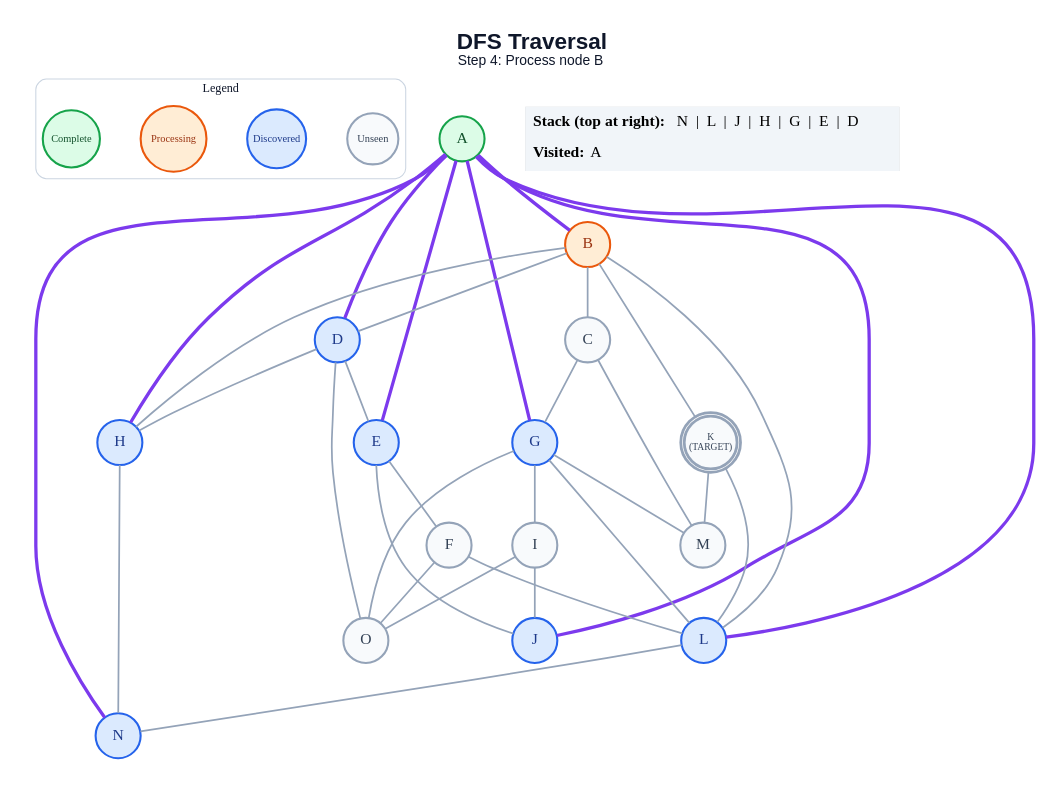
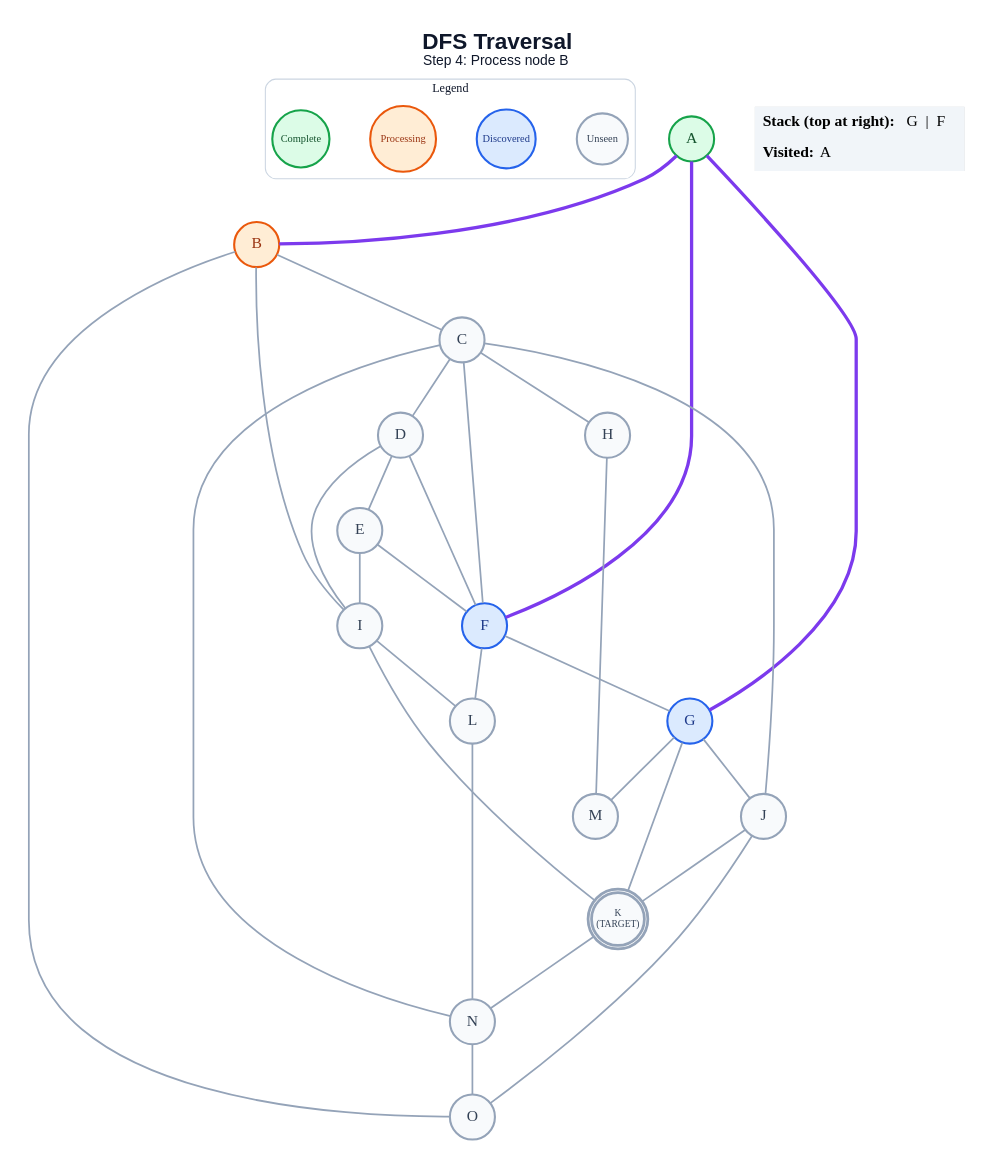
One commit to anon7238593-create/ai-slop changed the diagram in generated/short-circuit/dfs/step_04.dot. Above: the diagram before and after it, drawn with Graphviz. The commit also changed 248 other files, not shown here.

```diff
--- a/generated/short-circuit/dfs/step_04.dot
+++ b/generated/short-circuit/dfs/step_04.dot
@@ -1,66 +1,63 @@
 graph traversal {
   graph [layout=dot, rankdir=TB, bgcolor="#FFFFFF", pad="0.35", nodesep="0.65", ranksep="0.8", fontname="Arial"];
   node [shape=circle, style="filled", fontname="Arial Bold", fontsize=18, width=0.72, fixedsize=true, penwidth=2.4];
   edge [color="#94A3B8", penwidth=2.0];
   label=<<B>DFS Traversal</B><BR/><FONT POINT-SIZE="16">Step 4: Process node B</FONT>>; labelloc="t"; fontsize=26; fontname="Arial"; fontcolor="#0F172A";
   subgraph cluster_legend { label="Legend"; color="#CBD5E1"; penwidth=1.2; style="rounded"; fontsize=14; fontname="Arial Bold";
     key_unseen [label="Unseen", fillcolor="#F8FAFC", color="#94A3B8", fontcolor="#334155", fontsize=12, width=0.82];
     key_frontier [label="Discovered", fillcolor="#DBEAFE", color="#2563EB", fontcolor="#1E3A8A", fontsize=12, width=0.95];
     key_current [label="Processing", fillcolor="#FFEDD5", color="#EA580C", fontcolor="#9A3412", fontsize=12, width=1.05];
     key_done [label="Complete", fillcolor="#DCFCE7", color="#16A34A", fontcolor="#14532D", fontsize=12, width=0.92];
     { rank=same; key_unseen; key_frontier; key_current; key_done; }
   }
   A [label="A", fillcolor="#DCFCE7", color="#16A34A", fontcolor="#14532D", peripheries=1, penwidth=2.4];
   B [label="B", fillcolor="#FFEDD5", color="#EA580C", fontcolor="#9A3412", peripheries=1, penwidth=2.4];
   C [label="C", fillcolor="#F8FAFC", color="#94A3B8", fontcolor="#334155", peripheries=1, penwidth=2.4];
-  D [label="D", fillcolor="#DBEAFE", color="#2563EB", fontcolor="#1E3A8A", peripheries=1, penwidth=2.4];
-  E [label="E", fillcolor="#DBEAFE", color="#2563EB", fontcolor="#1E3A8A", peripheries=1, penwidth=2.4];
-  F [label="F", fillcolor="#F8FAFC", color="#94A3B8", fontcolor="#334155", peripheries=1, penwidth=2.4];
+  D [label="D", fillcolor="#F8FAFC", color="#94A3B8", fontcolor="#334155", peripheries=1, penwidth=2.4];
+  E [label="E", fillcolor="#F8FAFC", color="#94A3B8", fontcolor="#334155", peripheries=1, penwidth=2.4];
+  F [label="F", fillcolor="#DBEAFE", color="#2563EB", fontcolor="#1E3A8A", peripheries=1, penwidth=2.4];
   G [label="G", fillcolor="#DBEAFE", color="#2563EB", fontcolor="#1E3A8A", peripheries=1, penwidth=2.4];
-  H [label="H", fillcolor="#DBEAFE", color="#2563EB", fontcolor="#1E3A8A", peripheries=1, penwidth=2.4];
+  H [label="H", fillcolor="#F8FAFC", color="#94A3B8", fontcolor="#334155", peripheries=1, penwidth=2.4];
   I [label="I", fillcolor="#F8FAFC", color="#94A3B8", fontcolor="#334155", peripheries=1, penwidth=2.4];
-  J [label="J", fillcolor="#DBEAFE", color="#2563EB", fontcolor="#1E3A8A", peripheries=1, penwidth=2.4];
+  J [label="J", fillcolor="#F8FAFC", color="#94A3B8", fontcolor="#334155", peripheries=1, penwidth=2.4];
   K [label="K\n(TARGET)", fillcolor="#F8FAFC", color="#94A3B8", fontcolor="#334155", peripheries=2, penwidth=3.2, fontsize=11, width=0.85, height=0.85];
-  L [label="L", fillcolor="#DBEAFE", color="#2563EB", fontcolor="#1E3A8A", peripheries=1, penwidth=2.4];
+  L [label="L", fillcolor="#F8FAFC", color="#94A3B8", fontcolor="#334155", peripheries=1, penwidth=2.4];
   M [label="M", fillcolor="#F8FAFC", color="#94A3B8", fontcolor="#334155", peripheries=1, penwidth=2.4];
-  N [label="N", fillcolor="#DBEAFE", color="#2563EB", fontcolor="#1E3A8A", peripheries=1, penwidth=2.4];
+  N [label="N", fillcolor="#F8FAFC", color="#94A3B8", fontcolor="#334155", peripheries=1, penwidth=2.4];
   O [label="O", fillcolor="#F8FAFC", color="#94A3B8", fontcolor="#334155", peripheries=1, penwidth=2.4];
   A -- B [color="#7C3AED", penwidth=3.8];
-  A -- D [color="#7C3AED", penwidth=3.8];
-  A -- E [color="#7C3AED", penwidth=3.8];
+  A -- F [color="#7C3AED", penwidth=3.8];
   A -- G [color="#7C3AED", penwidth=3.8];
-  A -- H [color="#7C3AED", penwidth=3.8];
-  A -- J [color="#7C3AED", penwidth=3.8];
-  A -- L [color="#7C3AED", penwidth=3.8];
-  A -- N [color="#7C3AED", penwidth=3.8];
   B -- C;
-  B -- D;
-  B -- H;
-  B -- K;
-  B -- L;
-  C -- G;
-  C -- M;
+  B -- I;
+  B -- O;
+  C -- D;
+  C -- F;
+  C -- H;
+  C -- J;
+  C -- N;
   D -- E;
-  D -- H;
-  D -- O;
+  D -- F;
+  D -- I;
   E -- F;
-  E -- J;
+  E -- I;
+  F -- G;
   F -- L;
-  F -- O;
-  G -- I;
-  G -- L;
+  G -- J;
+  G -- K;
   G -- M;
-  G -- O;
-  H -- N;
-  I -- J;
-  I -- O;
-  K -- L;
-  K -- M;
+  H -- M;
+  I -- K;
+  I -- L;
+  J -- K;
+  J -- O;
+  K -- N;
   L -- N;
+  N -- O;
   status [shape=plain, fixedsize=false, width=0, height=0, margin=0, label=<
     <TABLE BORDER="0" CELLBORDER="0" CELLPADDING="7" BGCOLOR="#F1F5F9">
-      <TR><TD ALIGN="LEFT"><B>Stack (top at right):</B> N  |  L  |  J  |  H  |  G  |  E  |  D</TD></TR>
+      <TR><TD ALIGN="LEFT"><B>Stack (top at right):</B> G  |  F</TD></TR>
       <TR><TD ALIGN="LEFT"><B>Visited:</B> A</TD></TR>
     </TABLE>
   >];
 }
```
